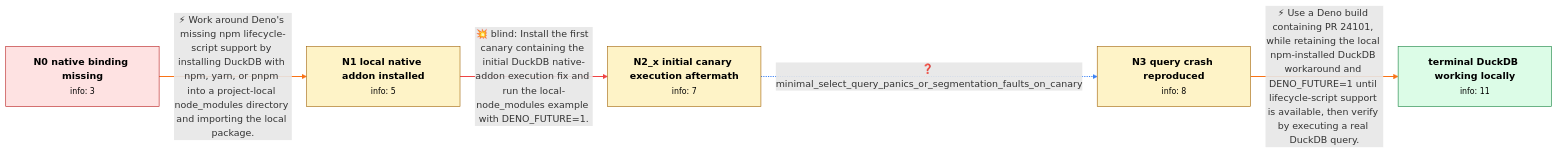
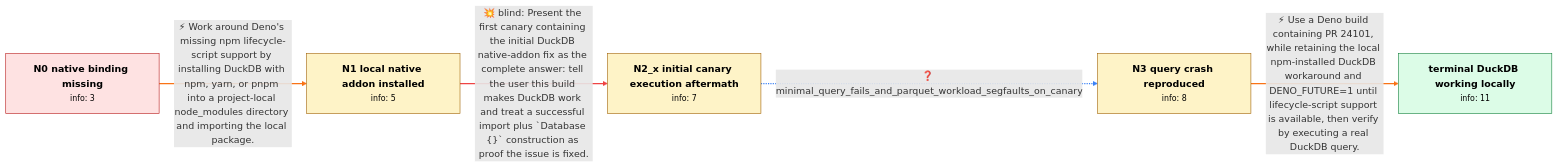
One commit to Chaoyi-He1/graph_bench changed the diagram in data/github_v0/review/gh_denoland_deno_23656.md. Above: the diagram before and after it, drawn with Mermaid. The commit also changed other lines of this file and 87 other files, not shown here.

````diff
--- a/data/github_v0/review/gh_denoland_deno_23656.md
+++ b/data/github_v0/review/gh_denoland_deno_23656.md
@@ -10,24 +10,24 @@
 ```mermaid
 flowchart LR
     N0["<b>N0 native binding missing</b><br/><small>info: 3</small>"]
     N1["<b>N1 local native addon installed</b><br/><small>info: 5</small>"]
     N2_x["<b>N2_x initial canary execution aftermath</b><br/><small>info: 7</small>"]
     N3["<b>N3 query crash reproduced</b><br/><small>info: 8</small>"]
     N_terminal["<b>terminal DuckDB working locally</b><br/><small>info: 11</small>"]
     N0 ==>|"⚡ Work around Deno's missing npm lifecycle-script support by installing DuckDB with npm, yarn, or pnpm into a project-local node_modules directory and importing the local package."| N1
     linkStyle 0 stroke:#f97316,stroke-width:2px
-    N1 ==>|"💥 blind: Install the first canary containing the initial DuckDB native-addon execution fix and run the local-node_modules example with DENO_FUTURE=1."| N2_x
+    N1 ==>|"💥 blind: Present the first canary containing the initial DuckDB native-addon fix as the complete answer: tell the user this build makes DuckDB work and treat a successful import plus `Database {}` construction as proof the issue is fixed."| N2_x
     linkStyle 1 stroke:#ef4444,stroke-width:2px
-    N2_x -.->|"❓ minimal_select_query_panics_or_segmentation_faults_on_canary"| N3
+    N2_x -.->|"❓ minimal_query_fails_and_parquet_workload_segfaults_on_canary"| N3
     linkStyle 2 stroke:#3b82f6,stroke-width:2px
     N3 ==>|"⚡ Use a Deno build containing PR 24101, while retaining the local npm-installed DuckDB workaround and DENO_FUTURE=1 until lifecycle-script support is available, then verify by executing a real DuckDB query."| N_terminal
     linkStyle 3 stroke:#f97316,stroke-width:2px
     class N0 start
     class N1 normal
     class N2_x normal
     class N3 normal
     class N_terminal terminal
     classDef start fill:#fee2e2,stroke:#b91c1c,color:#000
     classDef terminal fill:#dcfce7,stroke:#15803d,color:#000
     classDef normal fill:#fef3c7,stroke:#a16207,color:#000
 ```
````
